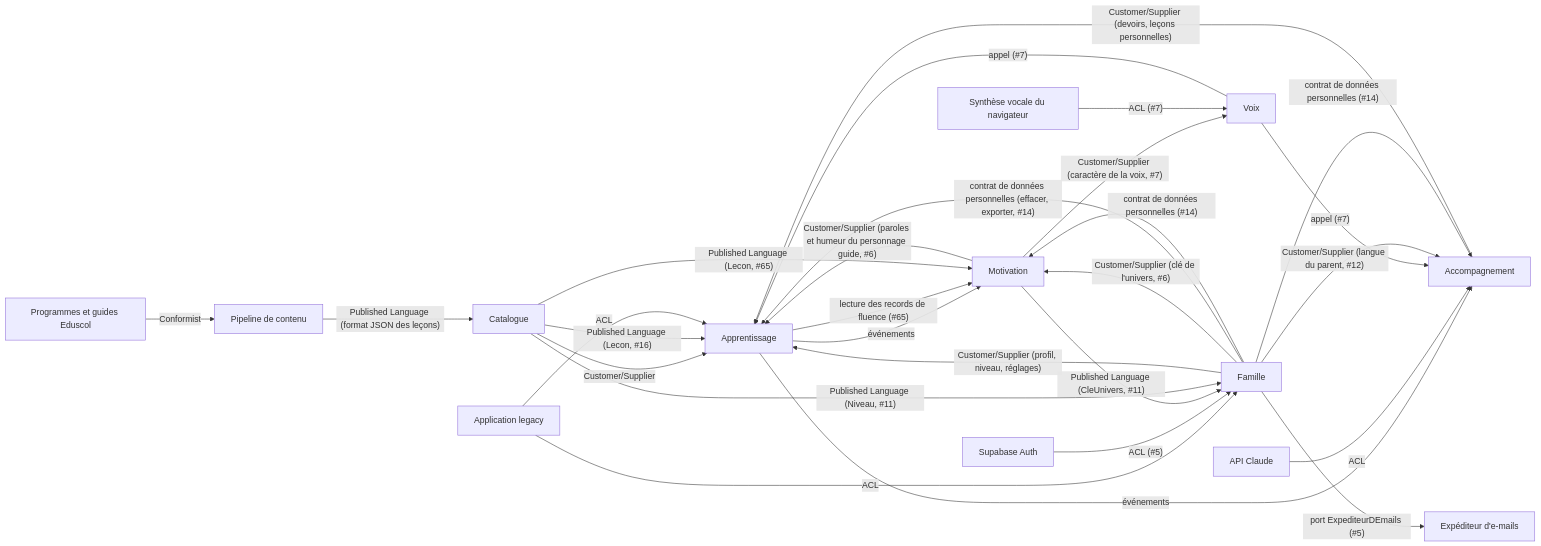
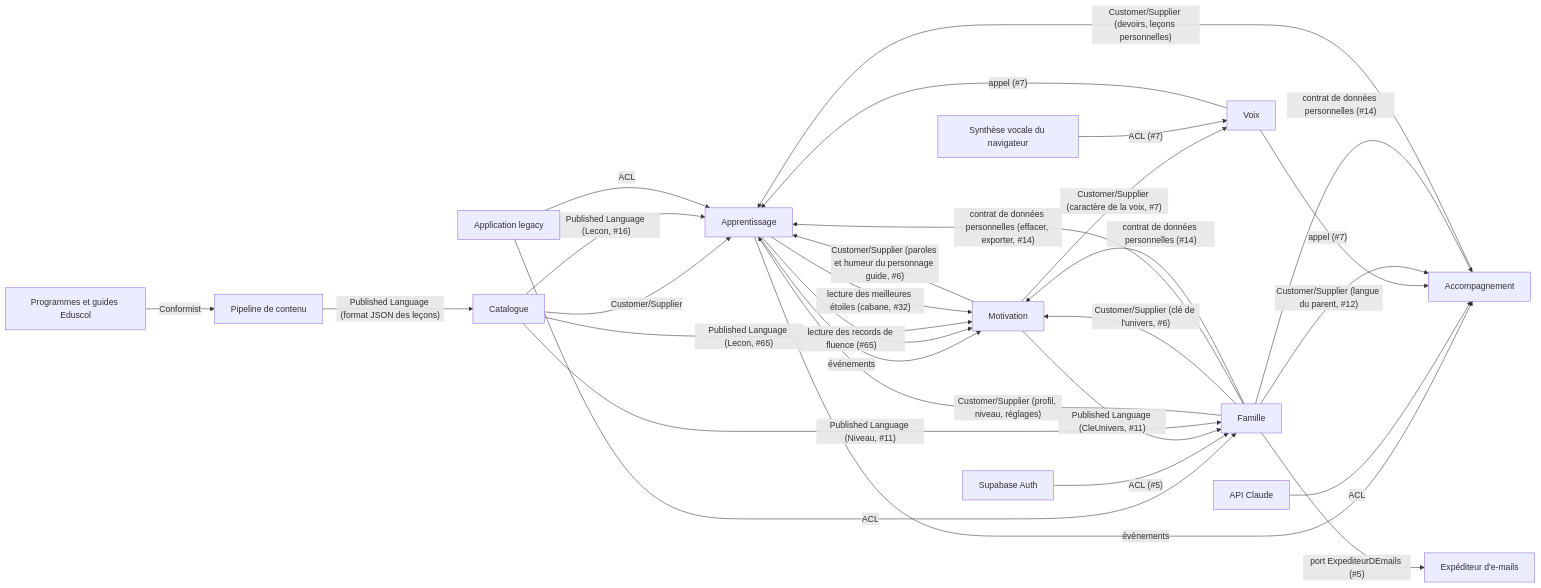
The diagram in docs/domain/context-map.md (SBA-dev/github-move), drawn with Mermaid before and after one commit. The commit also changed other lines of this file and 2 other files, not shown here.

Commit message:
docs(#32): modèle de domaine de la cabane
Claude-Session: https://claude.ai/code/session_01UZDh4UZ8m4QJsBDFraGZbp

````diff
--- a/docs/domain/context-map.md
+++ b/docs/domain/context-map.md
@@ -37,30 +37,31 @@
 ```mermaid
 flowchart LR
   Eduscol[Programmes et guides Eduscol] -- "Conformist" --> Pipeline[Pipeline de contenu]
   Pipeline -- "Published Language (format JSON des leçons)" --> Catalogue
   Catalogue -- "Customer/Supplier" --> Apprentissage
   Catalogue -- "Published Language (Lecon, #16)" --> Apprentissage
   Famille -- "Customer/Supplier (profil, niveau, réglages)" --> Apprentissage
   Apprentissage -- "événements" --> Motivation
   Apprentissage -- "événements" --> Accompagnement
   Accompagnement -- "Customer/Supplier (devoirs, leçons personnelles)" --> Apprentissage
   Claude[API Claude] -- "ACL" --> Accompagnement
   Legacy[Application legacy] -- "ACL" --> Famille
   Legacy -- "ACL" --> Apprentissage
   Auth[Supabase Auth] -- "ACL (#5)" --> Famille
   Famille -- "port ExpediteurDEmails (#5)" --> Expediteur[Expéditeur d'e-mails]
   Famille -- "Customer/Supplier (clé de l'univers, #6)" --> Motivation
   Motivation -- "Customer/Supplier (paroles et humeur du personnage guide, #6)" --> Apprentissage
   Motivation -- "Customer/Supplier (caractère de la voix, #7)" --> Voix
   Synthese[Synthèse vocale du navigateur] -- "ACL (#7)" --> Voix
   Voix -- "appel (#7)" --> Apprentissage
   Voix -- "appel (#7)" --> Accompagnement
   Famille -- "Customer/Supplier (langue du parent, #12)" --> Accompagnement
   Famille -- "contrat de données personnelles (effacer, exporter, #14)" --> Apprentissage
   Famille -- "contrat de données personnelles (#14)" --> Motivation
   Famille -- "contrat de données personnelles (#14)" --> Accompagnement
   Motivation -- "Published Language (CleUnivers, #11)" --> Famille
   Catalogue -- "Published Language (Niveau, #11)" --> Famille
   Apprentissage -- "lecture des records de fluence (#65)" --> Motivation
   Catalogue -- "Published Language (Lecon, #65)" --> Motivation
+  Apprentissage -- "lecture des meilleures étoiles (cabane, #32)" --> Motivation
 ```
````
